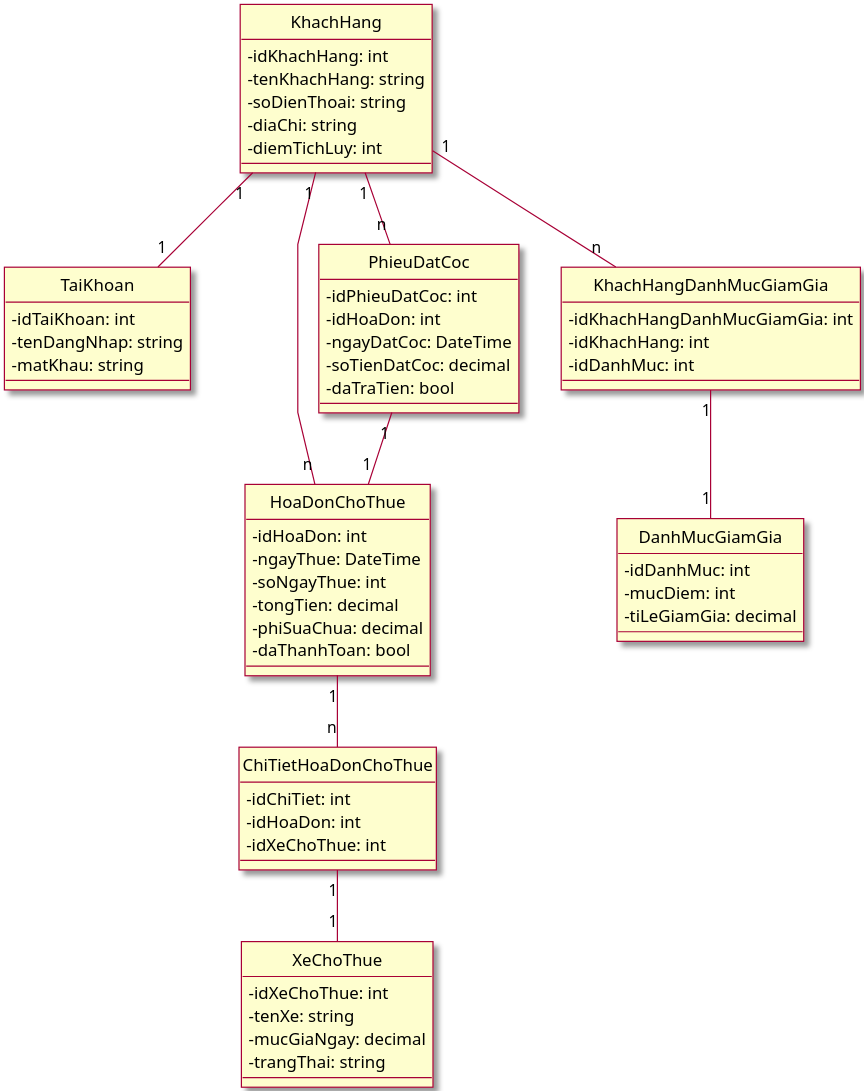
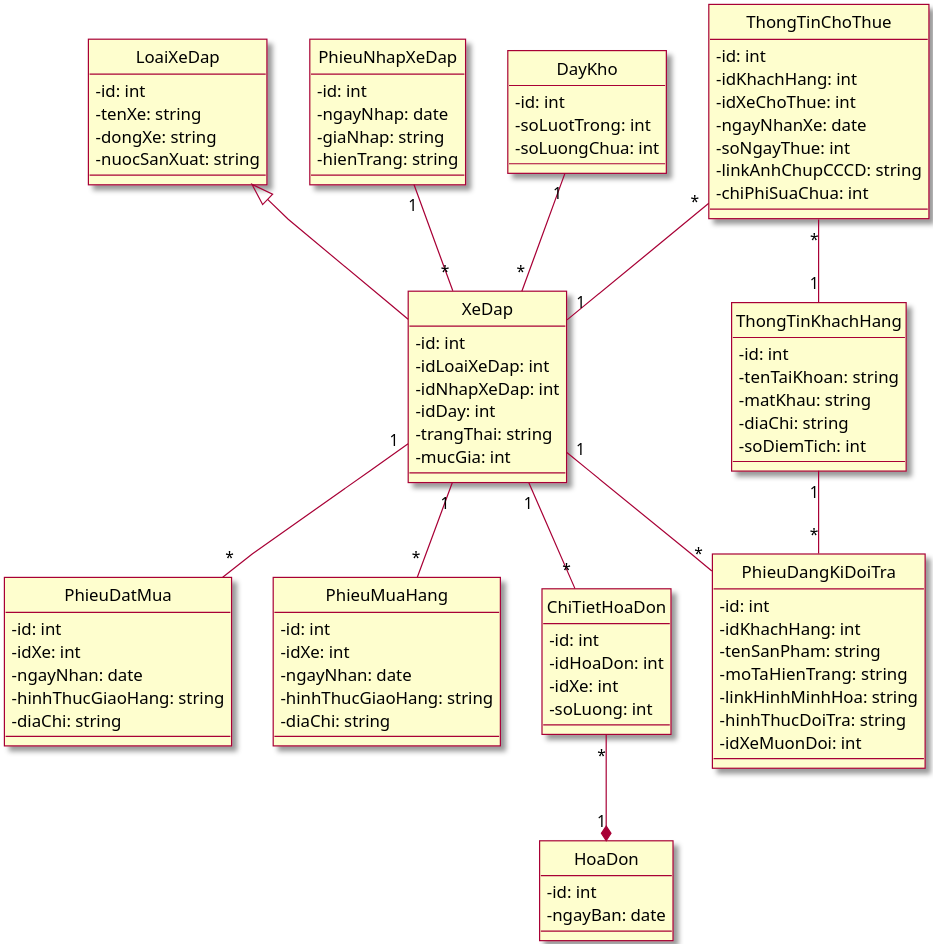
The diagram in excercise/class.puml (Marowota/SE100-plantuml), drawn with PlantUML before and after one commit. The commit also changed 1 other file, not shown here.

Commit message:
done class and uc diagram

```diff
--- a/excercise/class.puml
+++ b/excercise/class.puml
@@ -1,76 +1,117 @@
 @startuml Class Diagram
 
 skin rose
 skinparam classAttributeIconSize 0
 ' skinparam linetype ortho
 skinparam linetype polyline
 hide circle
 scale 3
 
-class KhachHang {
-    - idKhachHang: int
-    - tenKhachHang: string
-    - soDienThoai: string
-    - diaChi: string
-    - diemTichLuy: int
+class LoaiXeDap {
+    - id: int
+    - tenXe: string
+    - dongXe: string
+    - nuocSanXuat: string
+}
 
+class PhieuNhapXeDap{
+    - id: int
+    - ngayNhap: date
+    - giaNhap: string
+    - hienTrang: string 
 }
 
 
-class TaiKhoan {
-    -idTaiKhoan: int
-    -tenDangNhap: string
-    -matKhau: string
+class DayKho {
+    - id: int
+    - soLuotTrong: int
+    - soLuongChua: int
 }
 
-class XeChoThue {
-    -idXeChoThue: int
-    -tenXe: string
-    -mucGiaNgay: decimal
-    -trangThai: string
+class XeDap {
+    - id: int
+    - idLoaiXeDap: int
+    - idNhapXeDap: int
+    - idDay: int
+    - trangThai: string
+    - mucGia: int
 }
 
-class HoaDonChoThue {
-    -idHoaDon: int
-    -ngayThue: DateTime
-    -soNgayThue: int
-    -tongTien: decimal
-    -phiSuaChua: decimal
-    -daThanhToan: bool
+class PhieuDatMua {
+    - id: int
+    - idXe: int
+    - ngayNhan: date
+    - hinhThucGiaoHang: string
+    - diaChi: string
 }
 
-class ChiTietHoaDonChoThue {
-    -idChiTiet: int
-    -idHoaDon: int
-    -idXeChoThue: int
+class PhieuMuaHang {
+    - id: int
+    - idXe: int
+    - ngayNhan: date
+    - hinhThucGiaoHang: string
+    - diaChi: string
 }
 
-class DanhMucGiamGia {
-    -idDanhMuc: int
-    -mucDiem: int
-    -tiLeGiamGia: decimal
+class HoaDon {
+    - id: int
+    - ngayBan: date
 }
 
-class PhieuDatCoc {
-    -idPhieuDatCoc: int
-    -idHoaDon: int
-    -ngayDatCoc: DateTime
-    -soTienDatCoc: decimal
-    -daTraTien: bool
+class ChiTietHoaDon {
+    - id: int
+    - idHoaDon: int
+    - idXe: int
+    - soLuong: int
 }
 
-class KhachHangDanhMucGiamGia {
-    -idKhachHangDanhMucGiamGia: int
-    -idKhachHang: int
-    -idDanhMuc: int
+class PhieuDangKiDoiTra {
+    - id: int
+    - idKhachHang: int
+    - tenSanPham: string
+    - moTaHienTrang: string
+    - linkHinhMinhHoa: string
+    - hinhThucDoiTra: string
+    - idXeMuonDoi: int
 }
 
-KhachHang "1"--"1"  TaiKhoan
-KhachHang "1"--"n"  HoaDonChoThue
-KhachHang "1"--"n"  PhieuDatCoc
-PhieuDatCoc "1"--"1"  HoaDonChoThue
-KhachHang "1"--"n" KhachHangDanhMucGiamGia
-KhachHangDanhMucGiamGia "1"--"1" DanhMucGiamGia
-HoaDonChoThue "1"--"n" ChiTietHoaDonChoThue
-ChiTietHoaDonChoThue "1"--"1" XeChoThue
+class ThongTinChoThue {
+    - id: int
+    - idKhachHang: int
+    - idXeChoThue: int
+    - ngayNhanXe: date
+    - soNgayThue: int
+    - linkAnhChupCCCD: string
+    - chiPhiSuaChua: int
+}
+
+class ThongTinKhachHang{
+    - id: int
+    - tenTaiKhoan: string
+    - matKhau: string
+    - diaChi: string
+    - soDiemTich: int
+}
+
+
+LoaiXeDap <|-- XeDap
+ChiTietHoaDon "*"--*"1" HoaDon
+PhieuNhapXeDap "1"--"*" XeDap
+DayKho "1"--"*" XeDap
+XeDap "1"--"*" ChiTietHoaDon
+XeDap "1"--"*" PhieuDangKiDoiTra
+ThongTinKhachHang "1"--"*" PhieuDangKiDoiTra
+XeDap "1"--"*" PhieuMuaHang
+XeDap "1"--"*" PhieuDatMua
+ThongTinChoThue "*"--"1" ThongTinKhachHang
+ThongTinChoThue "*"--"1" XeDap
+
+
+
+
+
+
+
+
+
 @enduml
```
